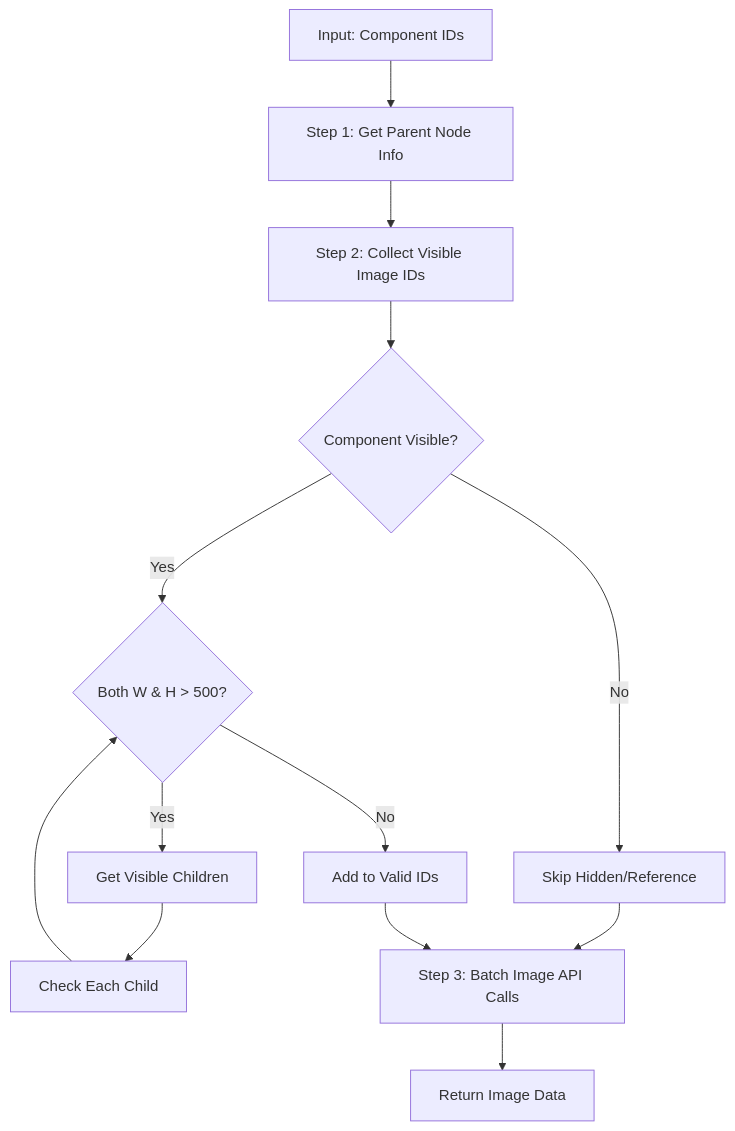
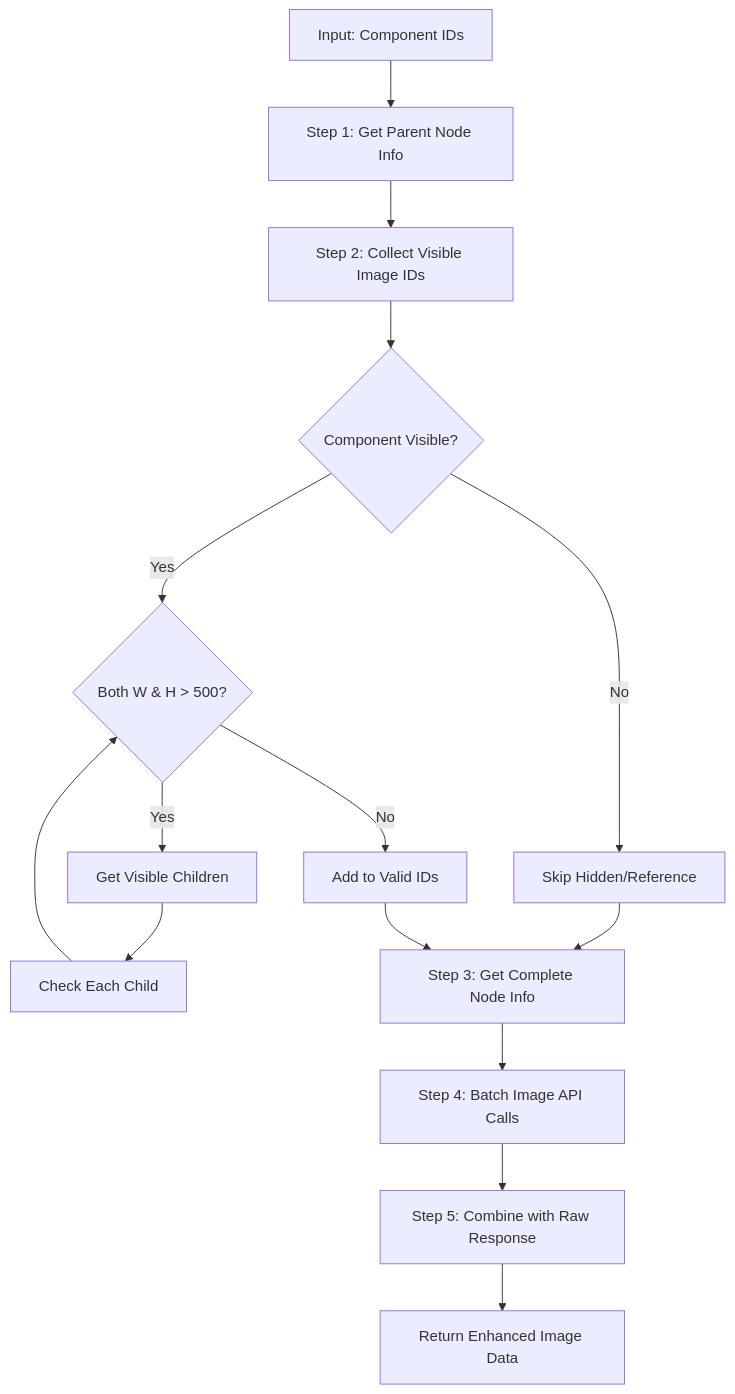
The diagram in docs/FIGMA_INTEGRATION.md (levietanh1809/TEST-HELPER-API-BE), drawn with Mermaid before and after one commit. The commit also changed other lines of this file and 32 other files, not shown here.

````diff
--- a/docs/FIGMA_INTEGRATION.md
+++ b/docs/FIGMA_INTEGRATION.md
@@ -119,15 +135,17 @@
 ```mermaid
 graph TD
     A[Input: Component IDs] --> B[Step 1: Get Parent Node Info]
     B --> C[Step 2: Collect Visible Image IDs]
     C --> D{Component Visible?}
     D -->|No| E[Skip Hidden/Reference]
     D -->|Yes| F{Both W & H > 500?}
     F -->|Yes| G[Get Visible Children]
     F -->|No| H[Add to Valid IDs]
     G --> I[Check Each Child]
     I --> F
-    E --> J[Step 3: Batch Image API Calls]
+    E --> J[Step 3: Get Complete Node Info]
     H --> J
-    J --> K[Return Image Data]
+    J --> K[Step 4: Batch Image API Calls]
+    K --> L[Step 5: Combine with Raw Response]
+    L --> M[Return Enhanced Image Data]
 ```
````
